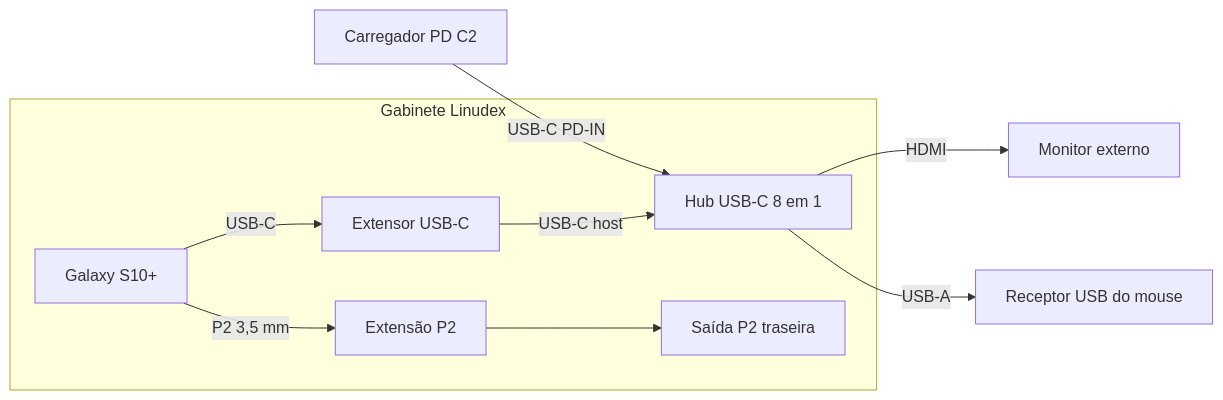
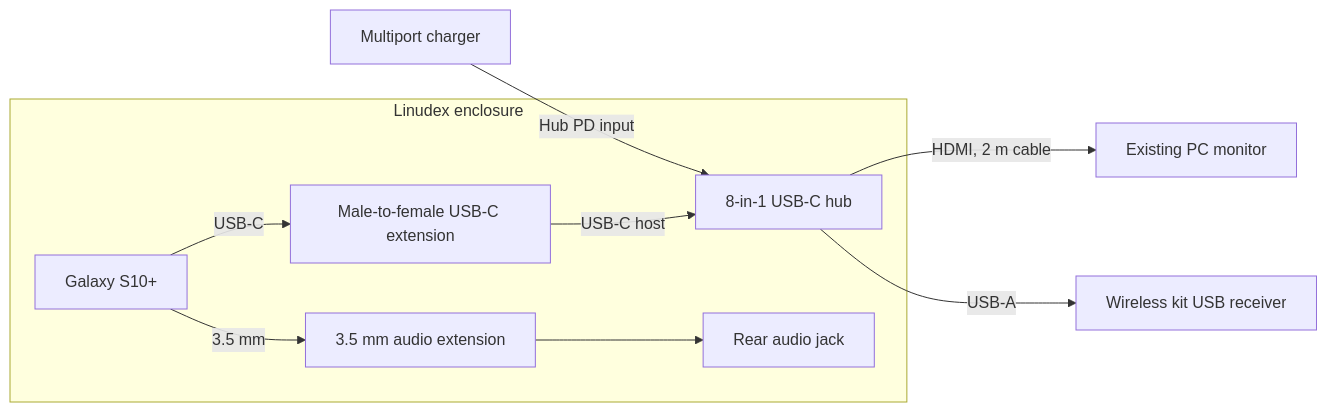
The diagram in images/diagrams/diagram-linudex.md (malvino11-28/linudex), drawn with Mermaid before and after one commit. The commit also changed 4 other files, not shown here.

````diff
--- a/images/diagrams/diagram-linudex.md
+++ b/images/diagrams/diagram-linudex.md
@@ -1,20 +1,17 @@
 ```mermaid
 flowchart LR
-subgraph Gabinete["Gabinete Linudex"]
-S["Galaxy S10+"]
-E["Extensor USB-C"]
-H["Hub USB-C 8 em 1"]
-P["Extensão P2"]
-J["Saída P2 traseira"]
-
+    subgraph Enclosure["Linudex enclosure"]
+        S["Galaxy S10+"]
+        E["Male-to-female USB-C extension"]
+        H["8-in-1 USB-C hub"]
+        P["3.5 mm audio extension"]
+        J["Rear audio jack"]
         S -->|"USB-C"| E
         E -->|"USB-C host"| H
-        S -->|"P2 3,5 mm"| P
+        S -->|"3.5 mm"| P
         P --> J
     end
-
-    C["Carregador PD C2"] -->|"USB-C PD-IN"| H
-    H -->|"HDMI"| M["Monitor externo"]
-    H -->|"USB-A"| R["Receptor USB do mouse"]
-
+    C["Multiport charger"] -->|"Hub PD input"| H
+    H -->|"HDMI, 2 m cable"| M["Existing PC monitor"]
+    H -->|"USB-A"| R["Wireless kit USB receiver"]
 ```
````
